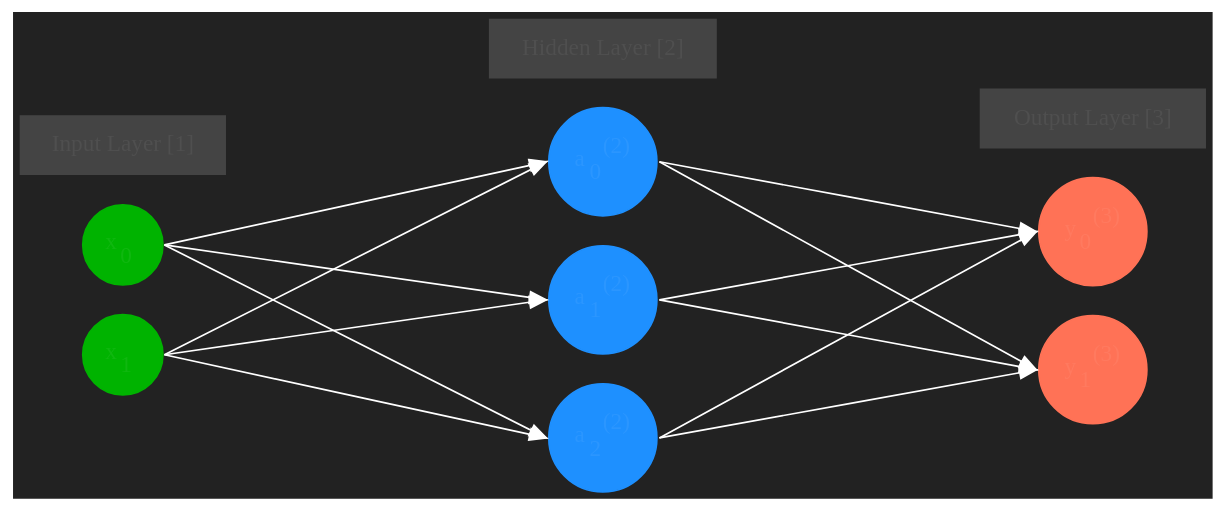
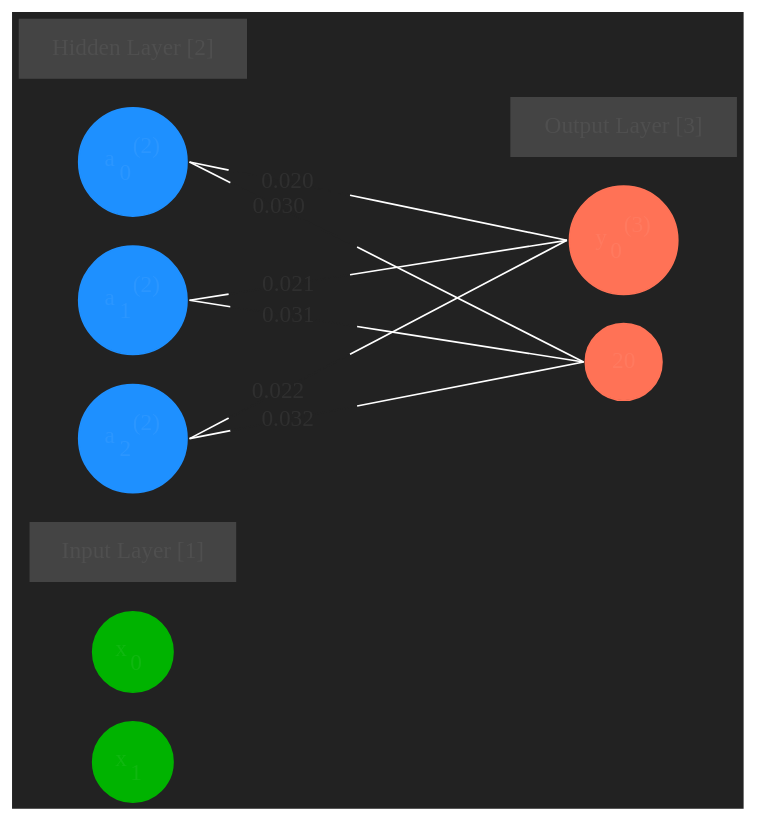
One commit to fjz345/zaoai changed the diagram in zaoai_nn_layout.dot. Above: the diagram before and after it, drawn with Graphviz. The commit also changed 4 other files, not shown here.

Commit message:
Using format!() for graphviz

```diff
--- a/zaoai_nn_layout.dot
+++ b/zaoai_nn_layout.dot
@@ -1,68 +1,81 @@
-
-    digraph NNGraph {
+digraph NNGraph {
         bgcolor="#222222"
         node [style=filled, fillcolor="#444444", fontcolor="#FFFFFFF", color = "#FFFFFF", shape="circle"]
         edge [fontcolor="#FFFFFFF", color = "#FFFFFF"]
         graph [fontcolor="#FFFFFFF", color = "#FFFFFF"]
-    
+
         rankdir = LR;
         splines=false;
-        edge[style=invis];
-        ranksep=
-        2.2
-        ;
+        edge[style=invis dir=none];
+        ranksep= 2.2;
         {
             node [shape=circle, color="#ffcc00", style=filled, fillcolor="#ffcc00"];
         }
+        
+        
+        {
+            node [shape=circle, color="#00b300", style=filled, fillcolor="#00b300"];
+            // 1
+            x0 [label=<x<sub>0 </sub>>];
+x1 [label=<x<sub>1 </sub>>];
 
+        }
         
     {
-        node [shape=circle, color="#00b300", style=filled, fillcolor="#00b300"];
-        // 1
-    x0 [label=<x<sub>0 </sub>>];
-x1 [label=<x<sub>1 </sub>>];
-
-    }
-    
-    {
         node [shape=circle, color=dodgerblue, style=filled, fillcolor=dodgerblue];
-    //2
+        //2
 a02 [label=<a<sub>0</sub><sup>(2)</sup>>];
 a12 [label=<a<sub>1</sub><sup>(2)</sup>>];
 a22 [label=<a<sub>2</sub><sup>(2)</sup>>];
 
     }
     
     {
         node [shape=circle, color=coral1, style=filled, fillcolor=coral1];
-    //3
+
+        //3
 y0 [label=<y<sub>0</sub><sup>(3)</sup>>];
 y1 [label=<y<sub>1</sub><sup>(3)</sup>>];
 
     }
     {
 rank=same;
 x0->x1;
 }
 {
 rank=same;
 a02->a12->a22;
 }
 {
 rank=same;
 y0->y1;
 }
 
     l0 [shape=plaintext, label="Input Layer [1]"];
     l0->x0;
     {rank=same; l0;x0};
     l1 [shape=plaintext, label="Hidden Layer [2]"];
 l1->a02
 {rank=same; l1;a02}
-l2 [shape=plaintext, label="Output Layer [3]"];
+
+    l2 [shape=plaintext, label="Output Layer [3]"];
 l2->y0
 {rank=same; l2;y0};
-edge[style=solid, tailport=e, headport=w];
-{x0; x1}->{a02;a12;a22};
-{a02;a12;a22}->{y0, y1}
-}
+
+    
+    edge[style=solid, tailport=e, headport=w];
+
+    edge[labelangle=0, labelfloat = false, labeldistance = 6];
+    edge[color="white;0.2:#222222;0.25:white"]
+
+    a02->y0[taillabel="0.020"];
+    a12->y0[taillabel="0.021"];
+    a22->y0[taillabel="0.022"];
+
+    a02->y1[taillabel="0.030"];
+    a12->y1[taillabel="0.031"];
+    a22->y1[taillabel="0.032"];
+
+    y1[label = 20]
+
+    }
```
